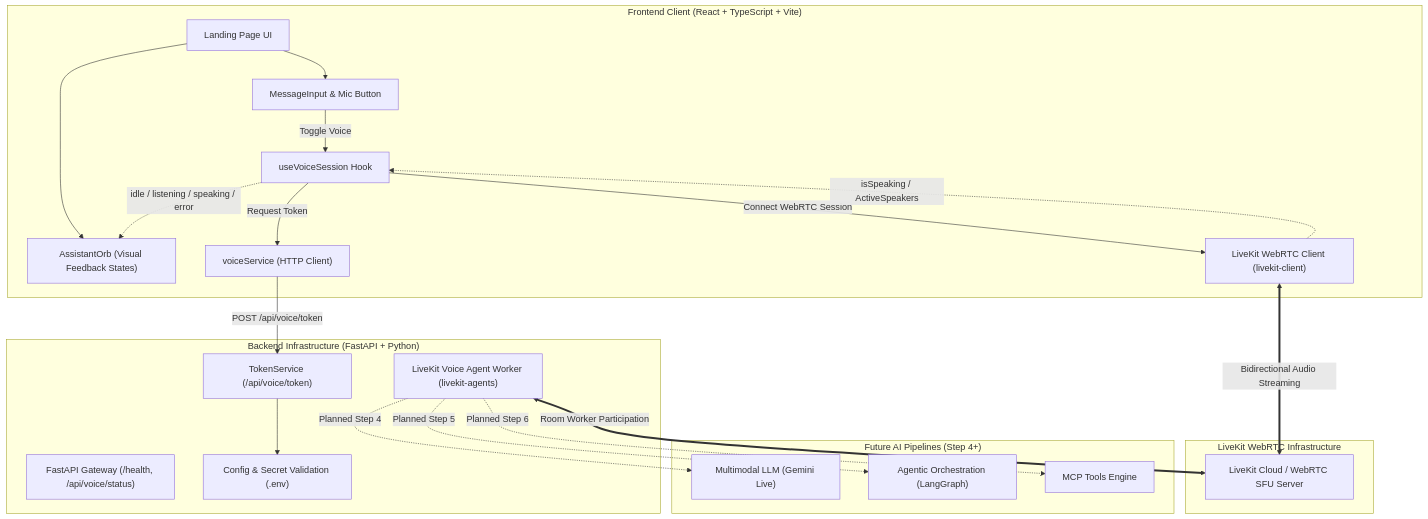
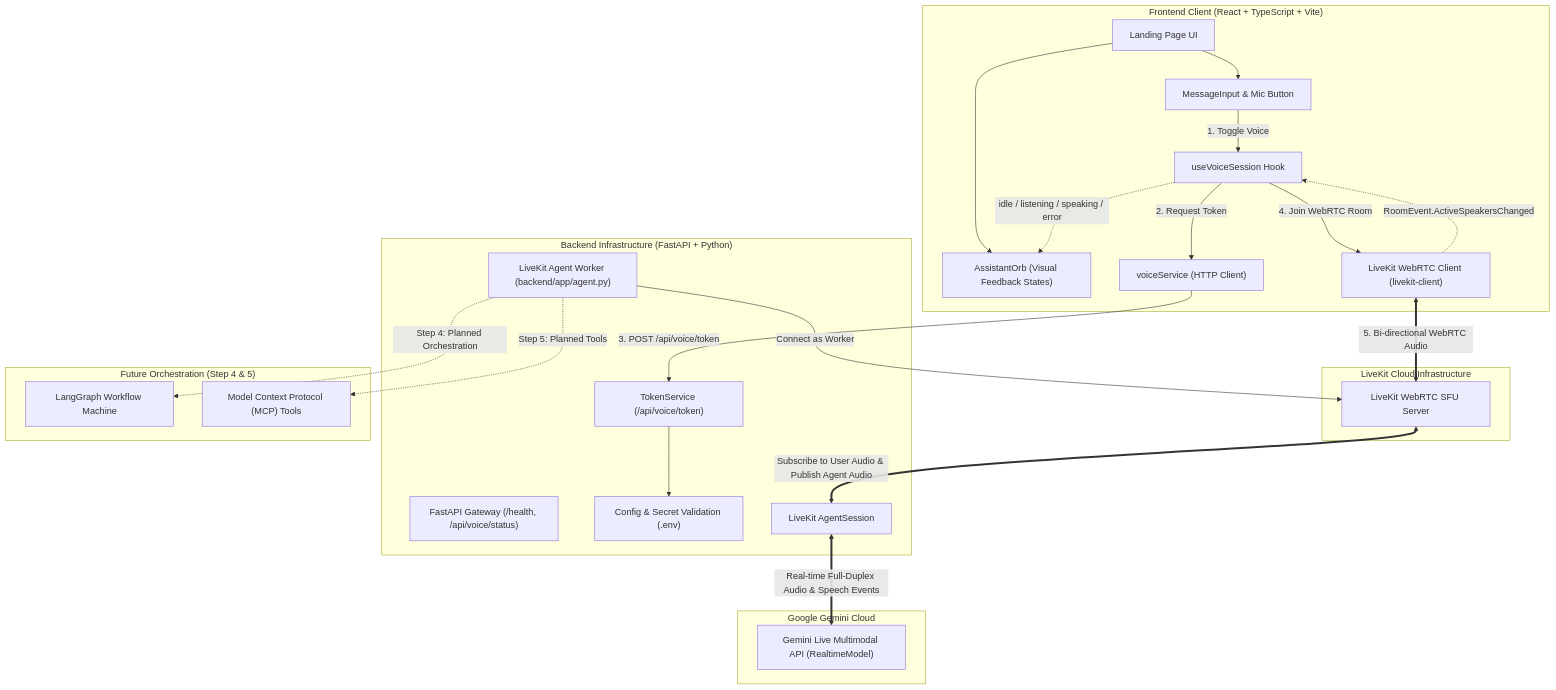
The diagram in docs/ARCHITECTURE.md (Prashantt-Singh/voxara-ai), drawn with Mermaid before and after one commit. The commit also changed other lines of this file and 13 other files, not shown here.

Commit message:
connected gemini model

````diff
--- a/docs/ARCHITECTURE.md
+++ b/docs/ARCHITECTURE.md
@@ -9,48 +9,55 @@
 ```mermaid
 flowchart TD
     subgraph Client["Frontend Client (React + TypeScript + Vite)"]
         UI["Landing Page UI"]
         Orb["AssistantOrb (Visual Feedback States)"]
         MicBtn["MessageInput & Mic Button"]
         Hook["useVoiceSession Hook"]
         VoiceService["voiceService (HTTP Client)"]
         LKClient["LiveKit WebRTC Client (livekit-client)"]
     end
 
     subgraph Backend["Backend Infrastructure (FastAPI + Python)"]
         API["FastAPI Gateway (/health, /api/voice/status)"]
         TokenGen["TokenService (/api/voice/token)"]
         Config["Config & Secret Validation (.env)"]
-        LKAgent["LiveKit Voice Agent Worker (livekit-agents)"]
+        AgentWorker["LiveKit Agent Worker (backend/app/agent.py)"]
+        AgentSession["LiveKit AgentSession"]
     end
 
-    subgraph Cloud["LiveKit WebRTC Infrastructure"]
-        LKCloud["LiveKit Cloud / WebRTC SFU Server"]
+    subgraph LiveKitCloud["LiveKit Cloud Infrastructure"]
+        SFU["LiveKit WebRTC SFU Server"]
     end
 
-    subgraph Future["Future AI Pipelines (Step 4+)"]
-        Gemini["Multimodal LLM (Gemini Live)"]
-        LangGraph["Agentic Orchestration (LangGraph)"]
-        MCP["MCP Tools Engine"]
+    subgraph GoogleAI["Google Gemini Cloud"]
+        GeminiLive["Gemini Live Multimodal API (RealtimeModel)"]
     end
 
-    %% Frontend Interactions
+    subgraph FuturePipelines["Future Orchestration (Step 4 & 5)"]
+        LangGraph["LangGraph Workflow Machine"]
+        MCP["Model Context Protocol (MCP) Tools"]
+    end
+
+    %% Client connection flow
     UI --> Orb
     UI --> MicBtn
-    MicBtn -->|Toggle Voice| Hook
-    Hook -->|Request Token| VoiceService
-    VoiceService -->|POST /api/voice/token| TokenGen
+    MicBtn -->|1. Toggle Voice| Hook
+    Hook -->|2. Request Token| VoiceService
+    VoiceService -->|3. POST /api/voice/token| TokenGen
     TokenGen --> Config
-    Hook -->|Connect WebRTC Session| LKClient
-    LKClient <==>|Bidirectional Audio Streaming| LKCloud
-    LKAgent <==>|Room Worker Participation| LKCloud
+    Hook -->|4. Join WebRTC Room| LKClient
+    LKClient <==>|5. Bi-directional WebRTC Audio| SFU
 
-    %% State Synchronization
-    LKClient -.->|isSpeaking / ActiveSpeakers| Hook
+    %% Agent and Gemini Live flow
+    AgentWorker -->|Connect as Worker| SFU
+    SFU <==>|Subscribe to User Audio & Publish Agent Audio| AgentSession
+    AgentSession <==>|Real-time Full-Duplex Audio & Speech Events| GeminiLive
+
+    %% Visual State Loop
+    LKClient -.->|RoomEvent.ActiveSpeakersChanged| Hook
     Hook -.->|idle / listening / speaking / error| Orb
 
     %% Future Connections
-    LKAgent -.->|Planned Step 4| Gemini
-    LKAgent -.->|Planned Step 5| LangGraph
-    LKAgent -.->|Planned Step 6| MCP
+    AgentWorker -.->|Step 4: Planned Orchestration| LangGraph
+    AgentWorker -.->|Step 5: Planned Tools| MCP
 ```
````
